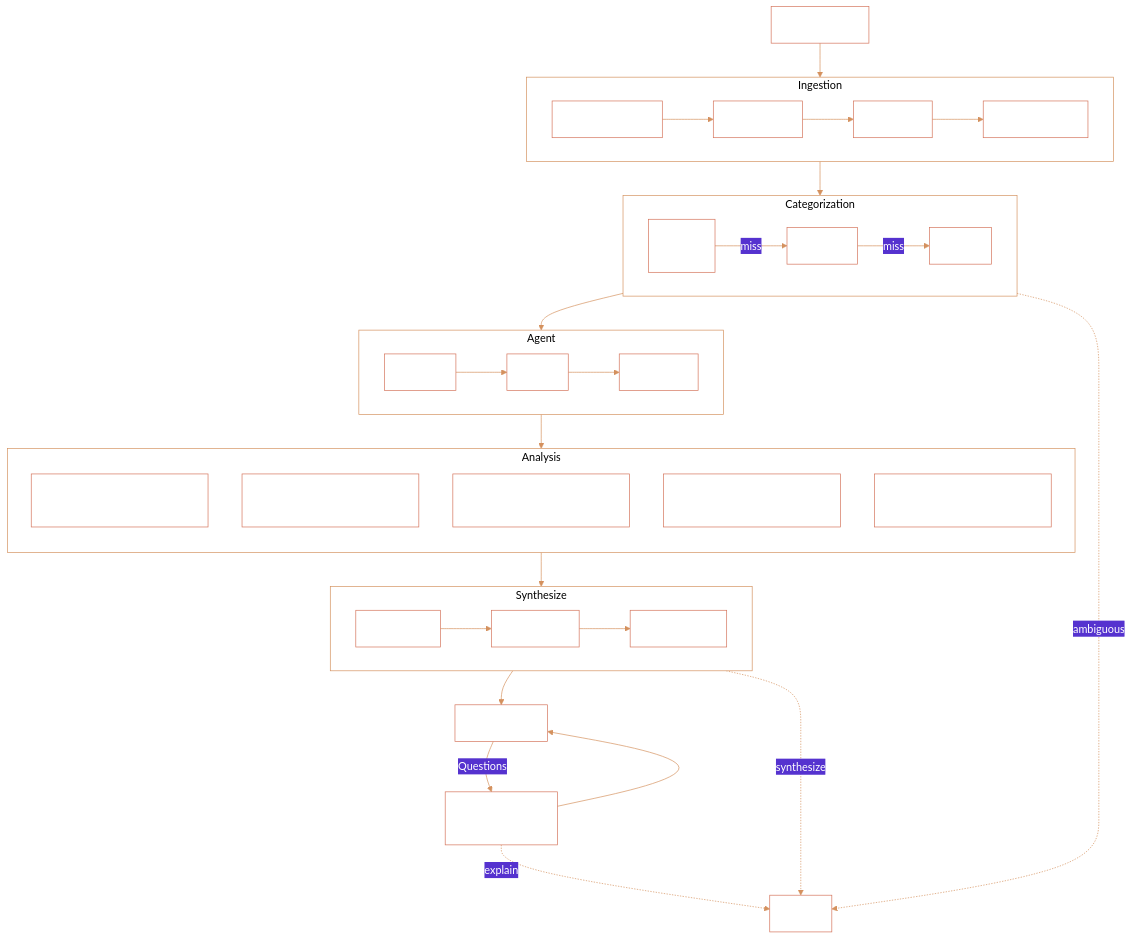
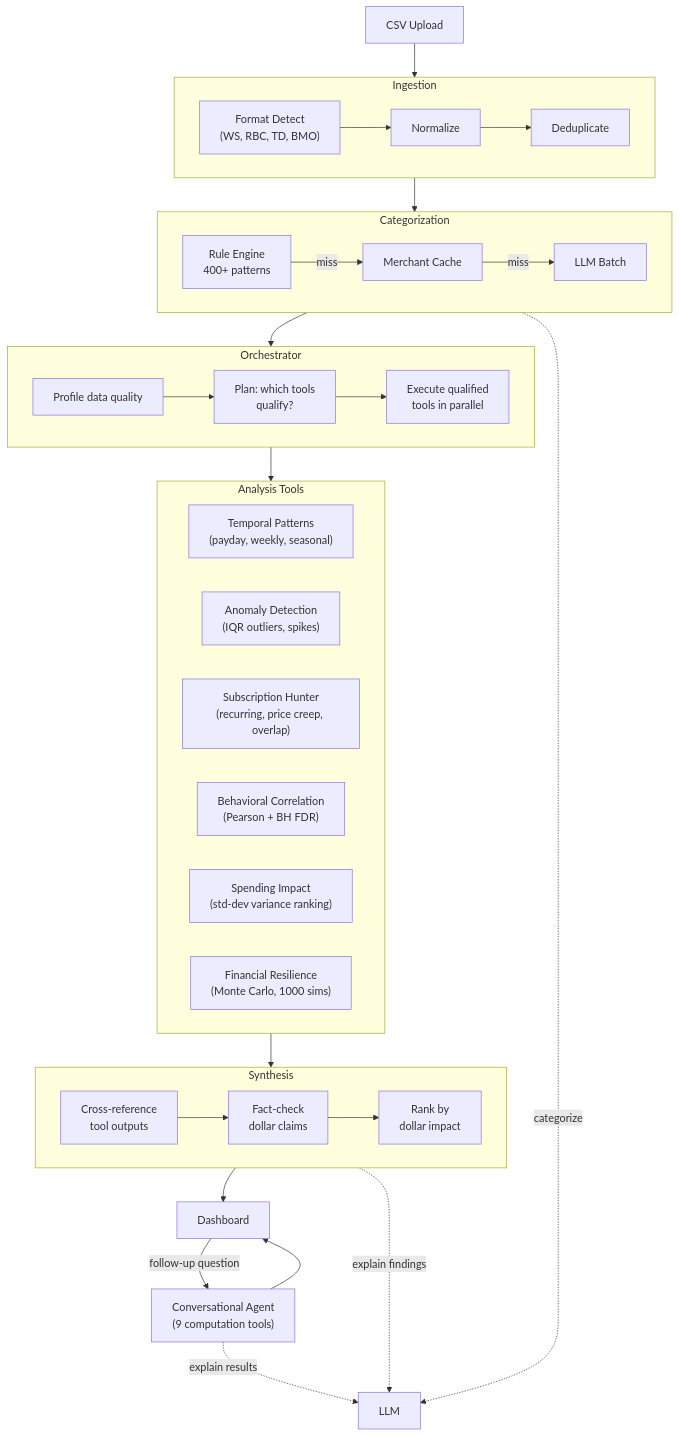
One commit to Shirly8/Sift changed the first of 2 diagrams in README.md. Above: the diagram before and after it, drawn with Mermaid. The commit also changed other lines of this file and 10 other files, not shown here.

````diff
--- a/README.md
+++ b/README.md
@@ -7,42 +7,41 @@
 ```mermaid
-%%{init: {'theme':'base', 'themeVariables': {'primaryColor':'#CF5532', 'primaryTextColor':'#fff', 'primaryBorderColor':'#D4735A', 'lineColor':'#D4915E', 'tertiaryColor':'#FFFFFF', 'tertiaryBorderColor':'#D4915E', 'background':'#FFF8F5', 'mainBkg':'#FFFFFF', 'clusterBkg':'#FFFFFF'}}}%%
 flowchart TD
     CSV["CSV Upload"]
 
     subgraph INGEST["Ingestion"]
         direction LR
-        I1["Format Detect"] --> I2["Normalize"] --> I3["Dedupe"] --> I4["Quality Score"]
+        I1["Format Detect<br/>(WS, RBC, TD, BMO)"] --> I2["Normalize"] --> I3["Deduplicate"]
     end
 
     subgraph CAT["Categorization"]
         direction LR
-        C1["Rules<br/>70%"] -->|miss| C2["Cache"] -->|miss| C3["LLM"]
+        C1["Rule Engine<br/>400+ patterns"] -->|miss| C2["Merchant Cache"] -->|miss| C3["LLM Batch"]
     end
 
-    subgraph AGENT["Agent"]
+    subgraph AGENT["Orchestrator"]
         direction LR
-        A1["Profile"] --> A2["Plan"] --> A3["Execute"]
+        A1["Profile data quality"] --> A2["Plan: which tools<br/>qualify?"] --> A3["Execute qualified<br/>tools in parallel"]
     end
 
-    subgraph TOOLS["Analysis"]
-        direction TB
-        T1["Temporal (payday, weekly, seasonal - min 90d)"]
-        T2["Anomaly (outliers, spikes, new - no min)"]
-        T3["Subscriptions (recurring, price creep - min 100 txns)"]
-        T4["Correlations (Pearson+BH FDR - min 90d, 3 cats)"]
-        T5["Spending Impact (std-dev ranking - min 180d, 5 cats)"]
+    subgraph TOOLS["Analysis Tools"]
+        T1["Temporal Patterns<br/>(payday, weekly, seasonal)"]
+        T2["Anomaly Detection<br/>(IQR outliers, spikes)"]
+        T3["Subscription Hunter<br/>(recurring, price creep, overlap)"]
+        T4["Behavioral Correlation<br/>(Pearson + BH FDR)"]
+        T5["Spending Impact<br/>(std-dev variance ranking)"]
+        T6["Financial Resilience<br/>(Monte Carlo, 1000 sims)"]
     end
 
-    subgraph SYNTH["Synthesize"]
+    subgraph SYNTH["Synthesis"]
         direction LR
-        S1["Cross-ref"] --> S2["Rank by $"] --> S3["3-5 insights"]
+        S1["Cross-reference<br/>tool outputs"] --> S2["Fact-check<br/>dollar claims"] --> S3["Rank by<br/>dollar impact"]
     end
 
     CSV --> INGEST --> CAT --> AGENT --> TOOLS --> SYNTH --> DASH["Dashboard"]
-    DASH -->|Questions| CONV["Conversational<br/>Agent"]
+    DASH -->|follow-up question| CONV["Conversational Agent<br/>(9 computation tools)"]
     CONV --> DASH
 
-    C3 -.->|ambiguous| LLM["LLM"]
-    SYNTH -.->|synthesize| LLM
-    CONV -.->|explain| LLM
+    C3 -.->|categorize| LLM["LLM"]
+    SYNTH -.->|explain findings| LLM
+    CONV -.->|explain results| LLM
 ```
````
